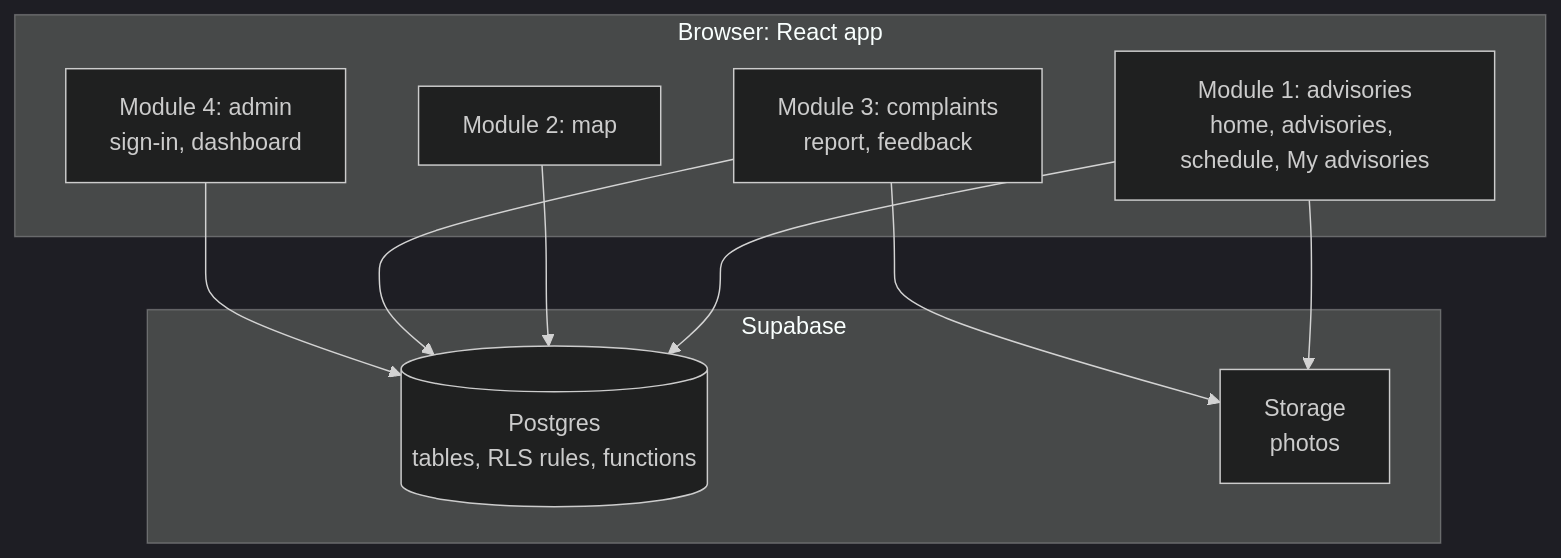
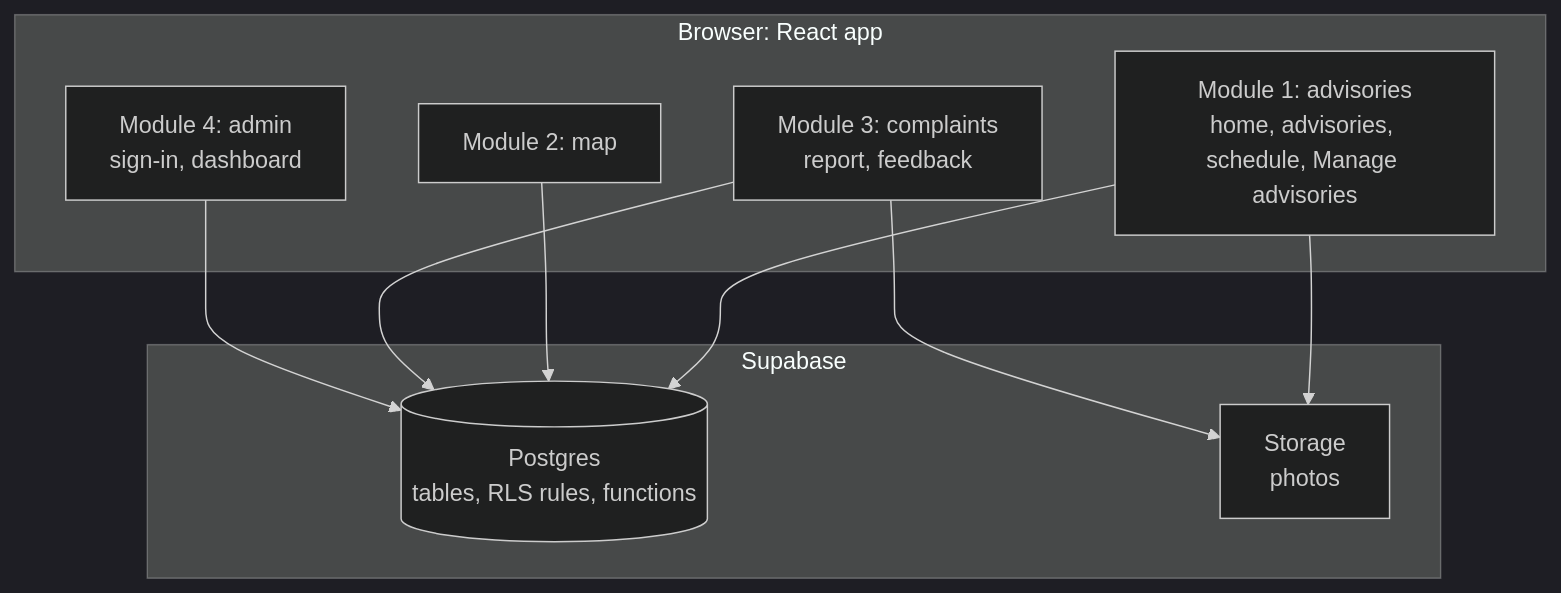
One commit to vonAkym/CMT322-Assignment1-lrt-mutiara-portal changed the fourth of 4 diagrams in README.md. Above: the diagram before and after it, drawn with Mermaid (dark theme). The commit also changed other lines of this file and 18 other files, not shown here.

Commit message:
Move the advisory form to its own page and rename My advisories to Manage advisories

````diff
--- a/README.md
+++ b/README.md
@@ -101,15 +101,15 @@
 ```mermaid
 flowchart TB
     subgraph Browser["Browser: React app"]
-      M1["Module 1: advisories<br/>home, advisories, schedule, My advisories"]
+      M1["Module 1: advisories<br/>home, advisories, schedule, Manage advisories"]
       M2["Module 2: map"]
       M3["Module 3: complaints<br/>report, feedback"]
       M4["Module 4: admin<br/>sign-in, dashboard"]
     end
     subgraph Supabase
       DB[("Postgres<br/>tables, RLS rules, functions")]
       ST["Storage<br/>photos"]
     end
     M1 & M2 & M3 & M4 --> DB
     M1 & M3 --> ST
 ```
````
